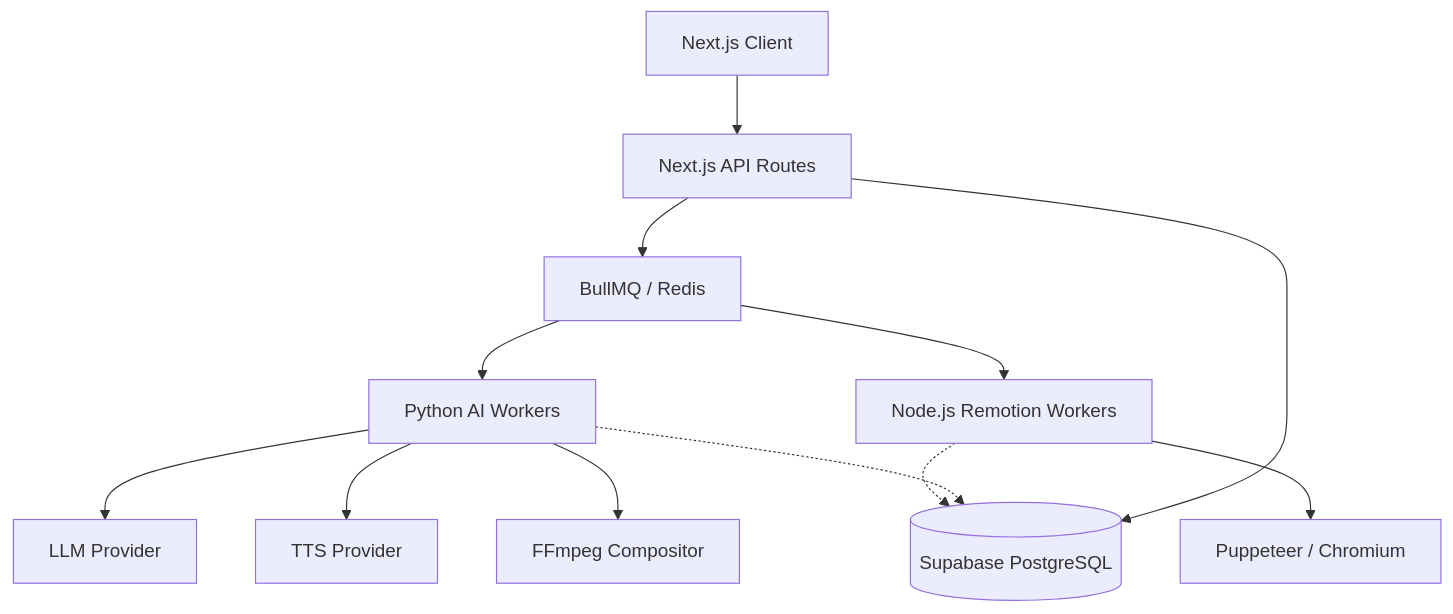
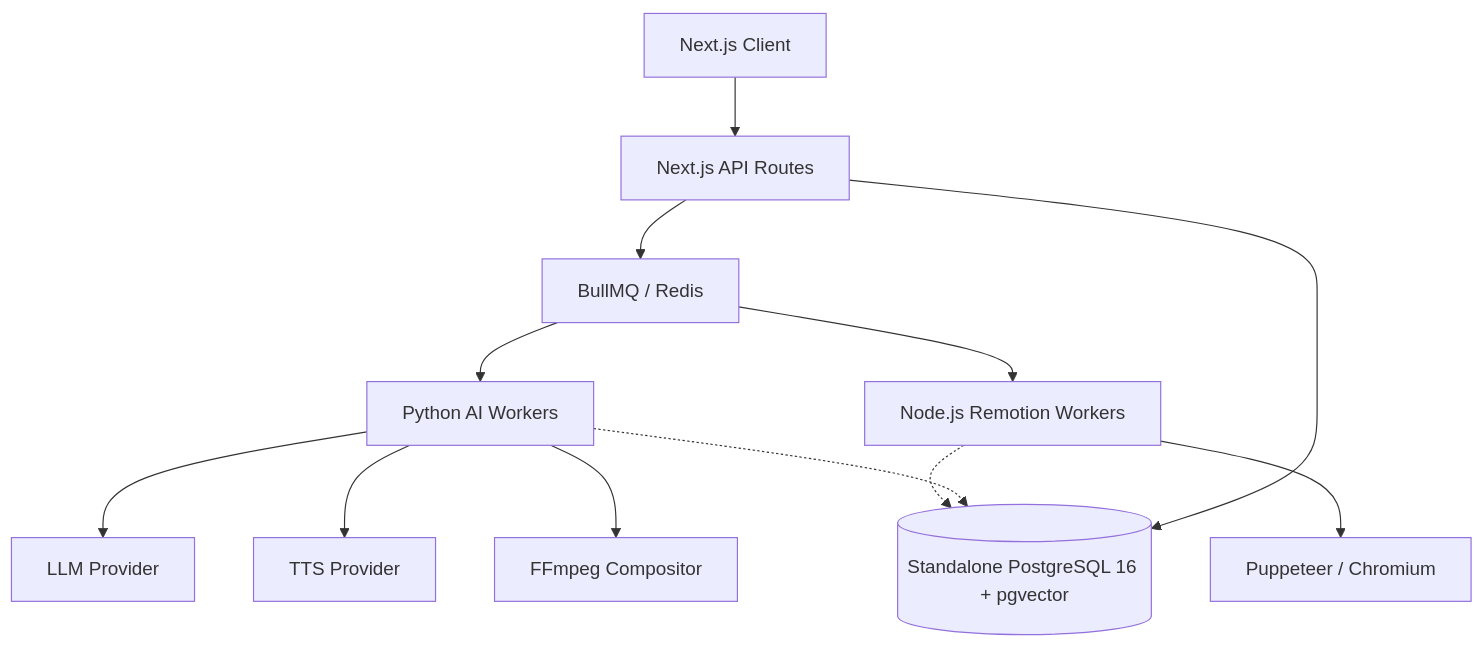
One commit to Famanias/AIVA changed the diagram in ARCHITECTURE.md. Above: the diagram before and after it, drawn with Mermaid. The commit also changed other lines of this file and 59 other files, not shown here.

First line of the commit message:
feat(database): migrate from Supabase to local-first PostgreSQL and Redis

````diff
--- a/ARCHITECTURE.md
+++ b/ARCHITECTURE.md
@@ -9,18 +9,18 @@
 ```mermaid
 graph TD
     UI[Next.js Client] --> API[Next.js API Routes]
-    API --> DB[(Supabase PostgreSQL)]
+    API --> DB[(Standalone PostgreSQL 16 + pgvector)]
     API --> Q[BullMQ / Redis]
     
     Q --> W_AI[Python AI Workers]
     Q --> W_REN[Node.js Remotion Workers]
     
     W_AI --> LLM[LLM Provider]
     W_AI --> TTS[TTS Provider]
     W_AI --> FFMPEG[FFmpeg Compositor]
     
     W_REN --> CHROME[Puppeteer / Chromium]
     
     W_AI -.-> DB
     W_REN -.-> DB
 ```
````
